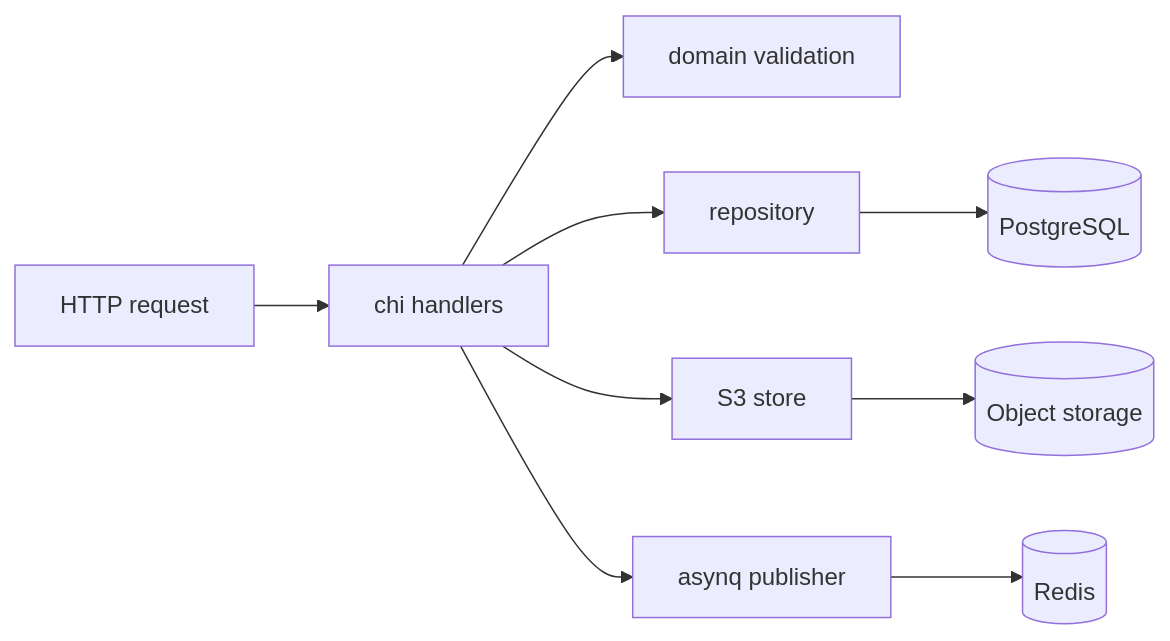
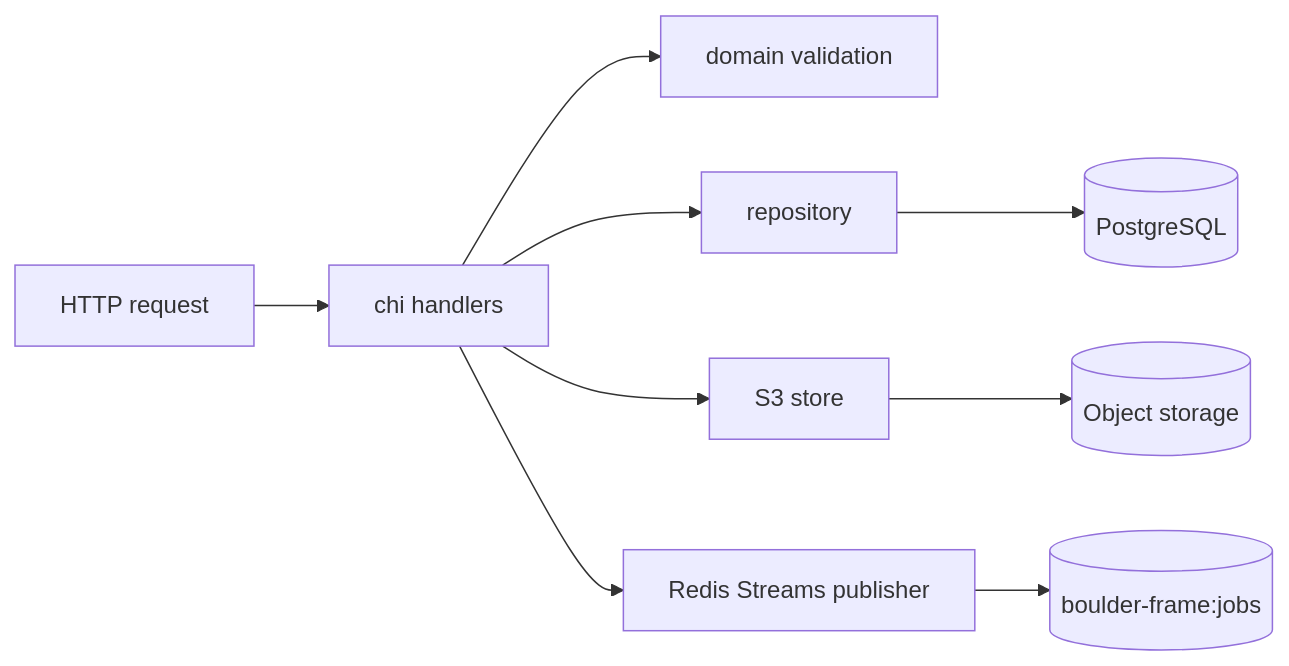
Before and after one commit to o0O96O0o/boulder-frame: the diagram in docs/specs/backend/README.md, drawn with Mermaid. The commit also changed other lines of this file and 45 other files, not shown here.

````diff
--- a/docs/specs/backend/README.md
+++ b/docs/specs/backend/README.md
@@ -13,11 +13,11 @@
 ```mermaid
 flowchart LR
     HTTP[HTTP request] --> H[chi handlers]
     H --> D[domain validation]
     H --> REPO[repository]
     REPO --> PG[(PostgreSQL)]
     H --> STORE[S3 store]
     STORE --> OBJ[(Object storage)]
-    H --> PUB[asynq publisher]
-    PUB --> REDIS[(Redis)]
+    H --> PUB[Redis Streams publisher]
+    PUB --> REDIS[(boulder-frame:jobs)]
 ```
````
